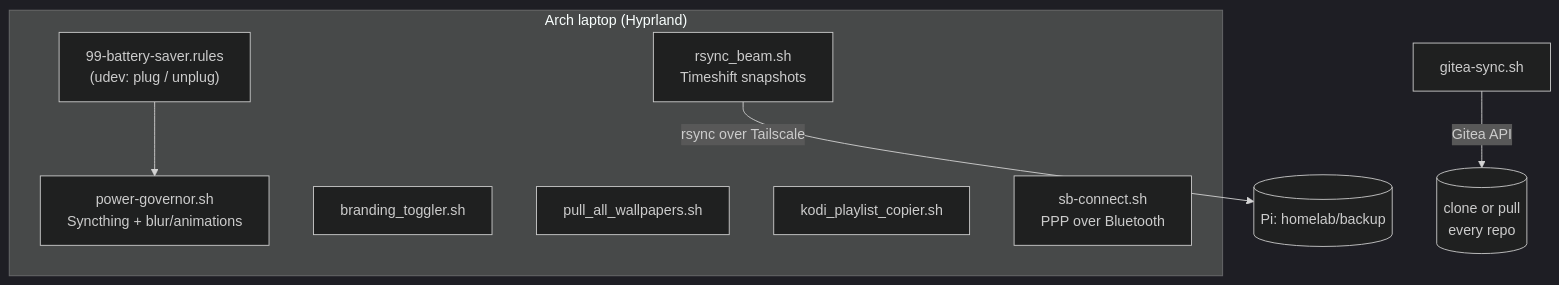
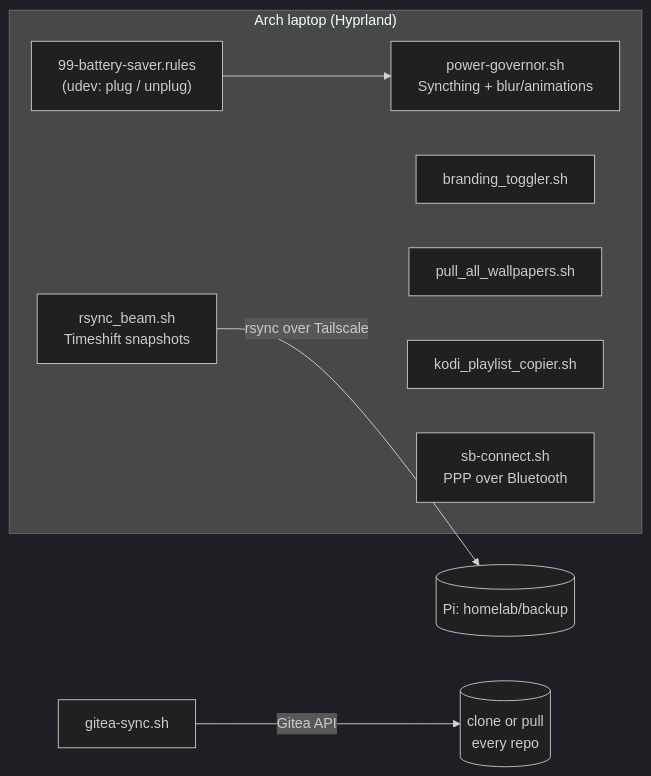
One commit to spaceadler/scripts changed the second of 2 diagrams in README.md. Above: the diagram before and after it, drawn with Mermaid (dark theme).

Commit message:
docs: diagrams flow top-to-bottom where they were too wide for GitHub's frame

````diff
--- a/README.md
+++ b/README.md
@@ -43,13 +43,13 @@
 ```mermaid
-flowchart TB
+flowchart LR
     subgraph laptop["Arch laptop (Hyprland)"]
         udev["99-battery-saver.rules<br/>(udev: plug / unplug)"] --> gov["power-governor.sh<br/>Syncthing + blur/animations"]
         brand["branding_toggler.sh"]
         wall["pull_all_wallpapers.sh"]
         kodi["kodi_playlist_copier.sh"]
         beam["rsync_beam.sh<br/>Timeshift snapshots"]
         sb["sb-connect.sh<br/>PPP over Bluetooth"]
     end
     beam -->|"rsync over Tailscale"| pi[("Pi: homelab/backup")]
     sync["gitea-sync.sh"] -->|"Gitea API"| ws[("clone or pull<br/>every repo")]
 ```
````
